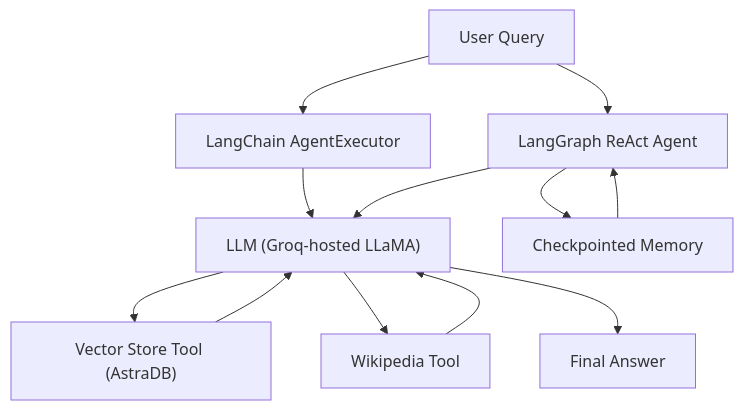
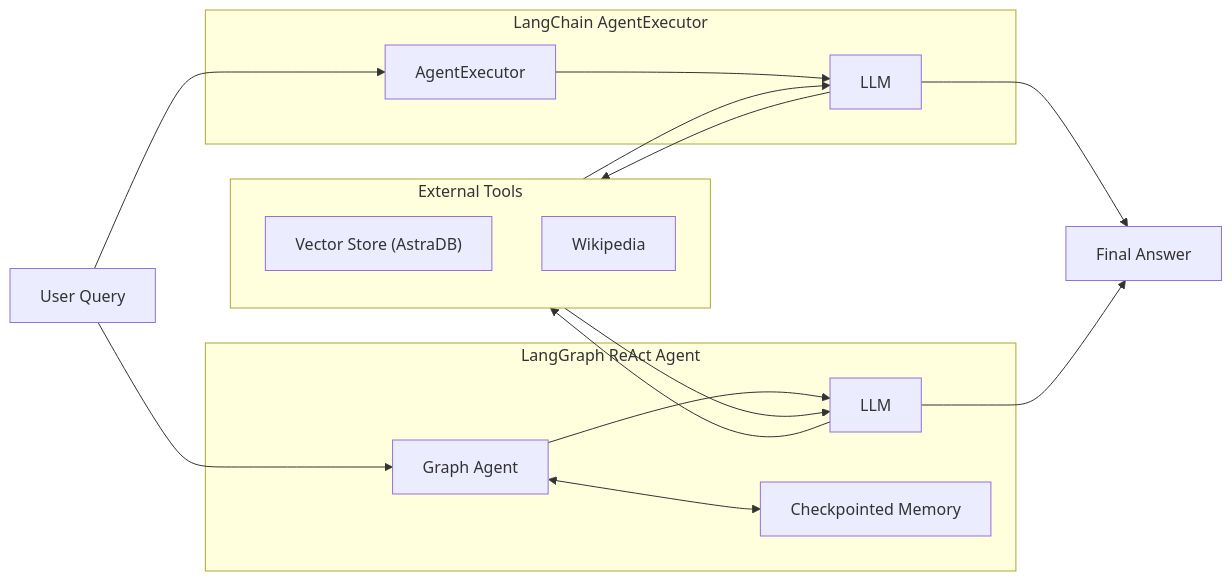
One commit to AmanShaikh-IN/Stateful-Agent-System changed the diagram in README.md. Above: the diagram before and after it, drawn with Mermaid.

````diff
--- a/README.md
+++ b/README.md
@@ -26,32 +26,40 @@
 ```mermaid
-flowchart TD
+flowchart LR
     U["User Query"]
-    
-    LC["LangChain AgentExecutor"]
-    LG["LangGraph ReAct Agent"]
-    
-    LLM["LLM (Groq-hosted LLaMA)"]
-    
-    VS["Vector Store Tool (AstraDB)"]
-    WK["Wikipedia Tool"]
-    
-    MEM["Checkpointed Memory"]
+
+    subgraph LC["LangChain AgentExecutor"]
+        LC_AGENT["AgentExecutor"]
+        LC_LLM["LLM"]
+    end
+
+    subgraph LG["LangGraph ReAct Agent"]
+        LG_AGENT["Graph Agent"]
+        LG_LLM["LLM"]
+        MEM["Checkpointed Memory"]
+    end
+
+    subgraph TOOLS["External Tools"]
+        VS["Vector Store (AstraDB)"]
+        WK["Wikipedia"]
+    end
+
     RESP["Final Answer"]
 
-    U --> LC
-    U --> LG
+    U --> LC_AGENT
+    U --> LG_AGENT
 
-    LC --> LLM
-    LG --> LLM
+    LC_AGENT --> LC_LLM
+    LG_AGENT --> LG_LLM
 
-    LLM --> VS
-    LLM --> WK
+    LG_AGENT <--> MEM
 
-    VS --> LLM
-    WK --> LLM
+    LC_LLM --> TOOLS
+    LG_LLM --> TOOLS
 
-    LG --> MEM
-    MEM --> LG
+    TOOLS --> LC_LLM
+    TOOLS --> LG_LLM
 
-    LLM --> RESP
+    LC_LLM --> RESP
+    LG_LLM --> RESP
+
 ``` 
````
